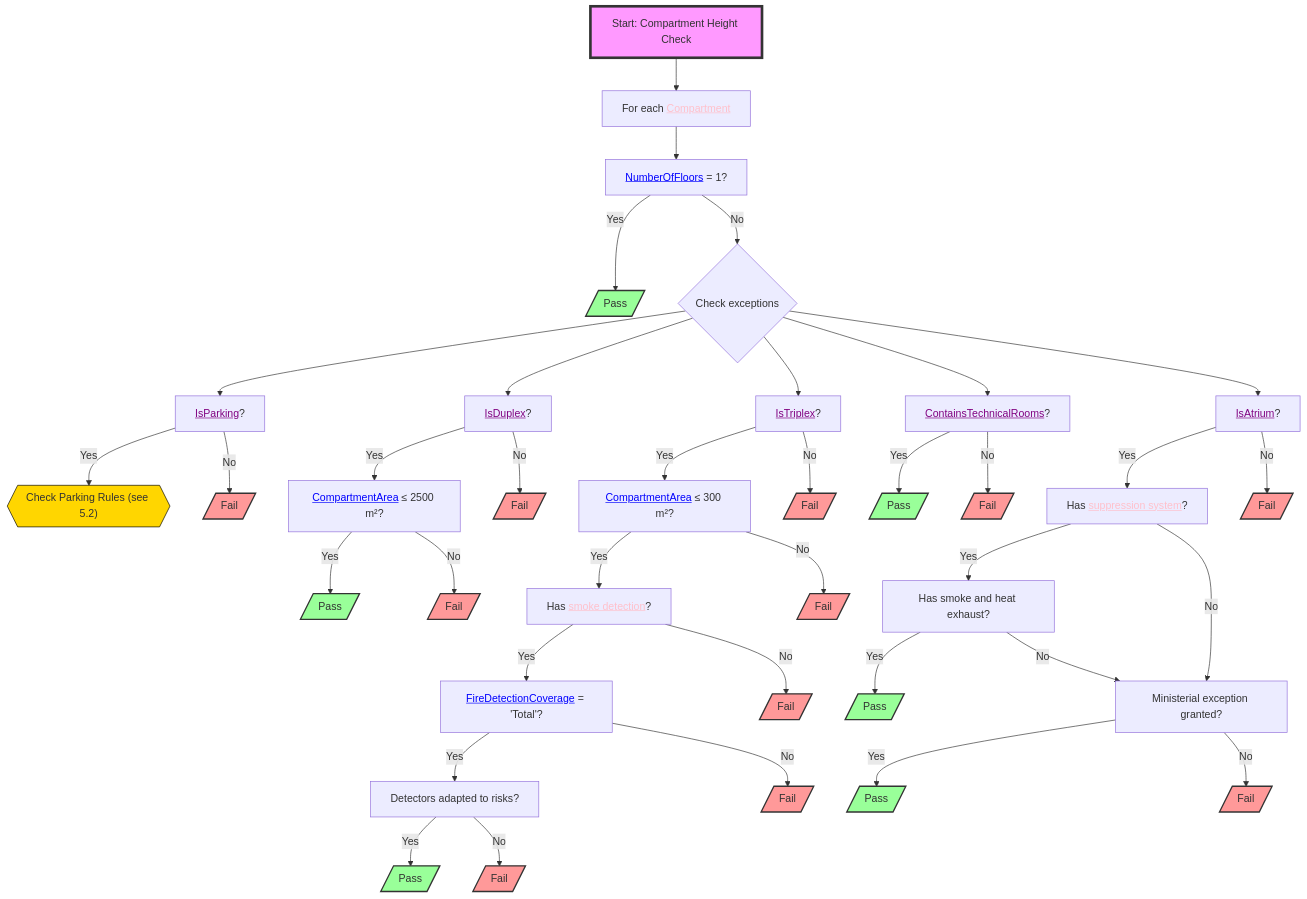
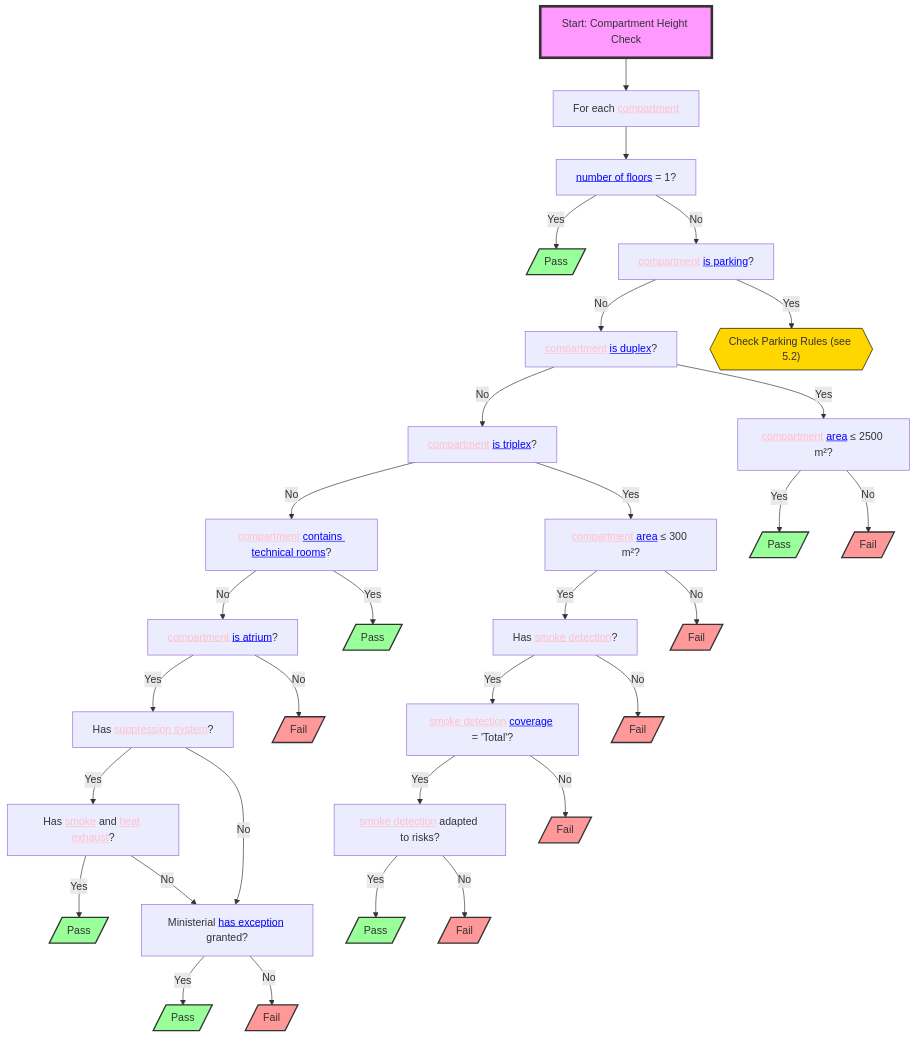
The diagram in mmddiagrams/BasisnormenLG_cropped.pdf/Article_2_1_2.mmd (CedricDriesen92/RulebookProcessing), drawn with Mermaid before and after one commit. The commit also changed 8 other files, not shown here.

```diff
--- a/mmddiagrams/BasisnormenLG_cropped.pdf/Article_2_1_2.mmd
+++ b/mmddiagrams/BasisnormenLG_cropped.pdf/Article_2_1_2.mmd
@@ -1,66 +1,57 @@
 flowchart TD
-    S1["Start: Compartment Height Check"] --> A["For each <a href='http://example.com/firebimbuilding#Compartment' style='color:pink;'>Compartment</a>"]
-    A --> B["<a href='http://example.com/firebimbuilding#NumberOfFloors' style='color:blue;'>NumberOfFloors</a> = 1?"]
+    S1["Start: Compartment Height Check"] --> A["For each <a href='http://example.com/firebimbuilding#Compartment' style='color:pink;'>compartment</a>"]
+    A --> B["<a href='http://example.com/firebimbuilding#NumberOfFloors' style='color:blue;'>number of floors</a> = 1?"]
     B -- Yes --> C[/"Pass"/]
-    B -- No --> D{"Check exceptions"}
-    D --> E["<a href='http://example.com/firebimbuilding#IsParking' style='color:purple;'>IsParking</a>?"]
-    D --> F["<a href='http://example.com/firebimbuilding#IsDuplex' style='color:purple;'>IsDuplex</a>?"]
-    D --> G["<a href='http://example.com/firebimbuilding#IsTriplex' style='color:purple;'>IsTriplex</a>?"]
-    D --> H["<a href='http://example.com/firebimbuilding#ContainsTechnicalRooms' style='color:purple;'>ContainsTechnicalRooms</a>?"]
-    D --> I["<a href='http://example.com/firebimbuilding#IsAtrium' style='color:purple;'>IsAtrium</a>?"]
+    B -- No --> E["<a href='http://example.com/firebimbuilding#Compartment' style='color:pink;'>compartment</a> <a href='http://example.com/firebimbuilding#IsParking' style='color:blue;'>is parking</a>?"]
+    E -- No --> F["<a href='http://example.com/firebimbuilding#Compartment' style='color:pink;'>compartment</a> <a href='http://example.com/firebimbuilding#IsDuplex' style='color:blue;'>is duplex</a>?"]
+    F -- No --> G["<a href='http://example.com/firebimbuilding#Compartment' style='color:pink;'>compartment</a> <a href='http://example.com/firebimbuilding#IsTriplex' style='color:blue;'>is triplex</a>?"]
+    G -- No --> H["<a href='http://example.com/firebimbuilding#Compartment' style='color:pink;'>compartment</a> <a href='http://example.com/firebimbuilding#ContainsTechnicalRooms' style='color:blue;'>contains technical rooms</a>?"]
+    H -- No --> I["<a href='http://example.com/firebimbuilding#Compartment' style='color:pink;'>compartment</a> <a href='http://example.com/firebimbuilding#IsAtrium' style='color:blue;'>is atrium</a>?"]
     
     E -- Yes --> J["Check Parking Rules (see 5.2)"]
-    E -- No --> K[/"Fail"/]
     
-    F -- Yes --> L["<a href='http://example.com/firebimbuilding#CompartmentArea' style='color:blue;'>CompartmentArea</a> ≤ 2500 m²?"]
+    F -- Yes --> L["<a href='http://example.com/firebimbuilding#Compartment' style='color:pink;'>compartment</a> <a href='http://example.com/firebimbuilding#Area' style='color:blue;'>area</a> ≤ 2500 m²?"]
     L -- Yes --> M[/"Pass"/]
     L -- No --> N[/"Fail"/]
-    F -- No --> O[/"Fail"/]
     
-    G -- Yes --> P["<a href='http://example.com/firebimbuilding#CompartmentArea' style='color:blue;'>CompartmentArea</a> ≤ 300 m²?"]
-    P -- Yes --> Q["Has <a href='http://example.com/firebimbuilding#smoke detection' style='color:pink;'>smoke detection</a>?"]
-    Q -- Yes --> R["<a href='http://example.com/firebimbuilding#FireDetectionCoverage' style='color:blue;'>FireDetectionCoverage</a> = 'Total'?"]
-    R -- Yes --> S["Detectors adapted to risks?"]
+    G -- Yes --> P["<a href='http://example.com/firebimbuilding#Compartment' style='color:pink;'>compartment</a> <a href='http://example.com/firebimbuilding#Area' style='color:blue;'>area</a> ≤ 300 m²?"]
+    P -- Yes --> Q["Has <a href='http://example.com/firebimbuilding#SmokeDetection' style='color:pink;'>smoke detection</a>?"]
+    Q -- Yes --> R["<a href='http://example.com/firebimbuilding#SmokeDetection' style='color:pink;'>smoke detection</a> <a href='http://example.com/firebimbuilding#Coverage' style='color:blue;'>coverage</a> = 'Total'?"]
+    R -- Yes --> S["<a href='http://example.com/firebimbuilding#SmokeDetection' style='color:pink;'>smoke detection</a> adapted to risks?"]
     S -- Yes --> T[/"Pass"/]
     S -- No --> U[/"Fail"/]
     R -- No --> V[/"Fail"/]
     Q -- No --> W[/"Fail"/]
     P -- No --> X[/"Fail"/]
-    G -- No --> Y[/"Fail"/]
     
     H -- Yes --> Z[/"Pass"/]
-    H -- No --> AA[/"Fail"/]
     
-    I -- Yes --> AB["Has <a href='http://example.com/firebimbuilding#suppression system' style='color:pink;'>suppression system</a>?"]
-    AB -- Yes --> AC["Has smoke and heat exhaust?"]
+    I -- Yes --> AB["Has <a href='http://example.com/firebimbuilding#SuppressionSystem' style='color:pink;'>suppression system</a>?"]
+    AB -- Yes --> AC["Has <a href='http://example.com/firebimbuilding#Smoke' style='color:pink;'>smoke</a> and <a href='http://example.com/firebimbuilding#Heat' style='color:pink;'>heat</a> <a href='http://example.com/firebimbuilding#Exhaust' style='color:pink;'>exhaust</a>?"]
     AC -- Yes --> AD[/"Pass"/]
-    AC -- No --> AE["Ministerial exception granted?"]
+    AC -- No --> AE["Ministerial <a href='http://example.com/firebimbuilding#HasException' style='color:blue;'>has exception</a> granted?"]
     AB -- No --> AE
     AE -- Yes --> AF[/"Pass"/]
     AE -- No --> AG[/"Fail"/]
     I -- No --> AH[/"Fail"/]
 
     J@{ shape: hex}
     S1:::startClass
     C:::passClass
-    K:::failClass
     M:::passClass
     N:::failClass
-    O:::failClass
     T:::passClass
     U:::failClass
     V:::failClass
     W:::failClass
     X:::failClass
-    Y:::failClass
     Z:::passClass
-    AA:::failClass
     AD:::passClass
     AF:::passClass
     AG:::failClass
     AH:::failClass
 
     classDef startClass fill:#f9f,stroke:#333,stroke-width:4px
     classDef passClass fill:#9f9,stroke:#333,stroke-width:2px
     classDef failClass fill:#f99,stroke:#333,stroke-width:2px
     style J stroke:#000000,stroke-width:1px,stroke-dasharray: 0,fill:#FFD600
```
